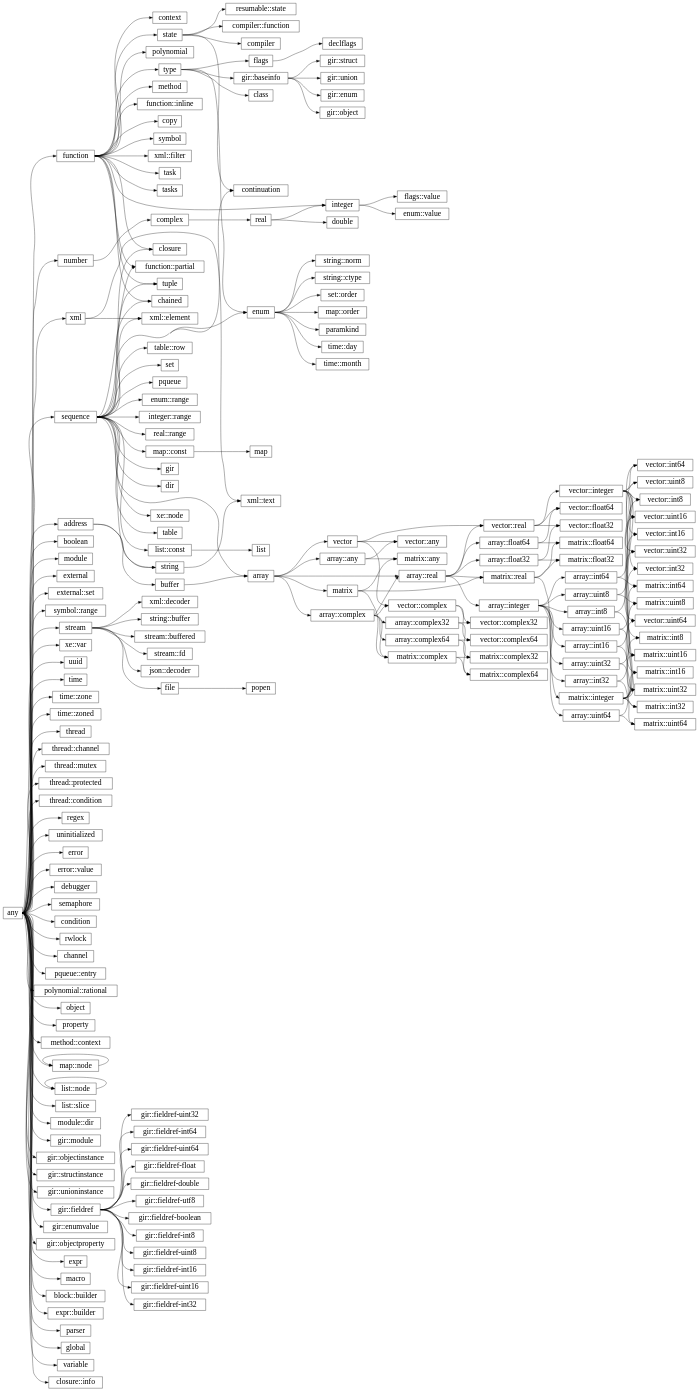
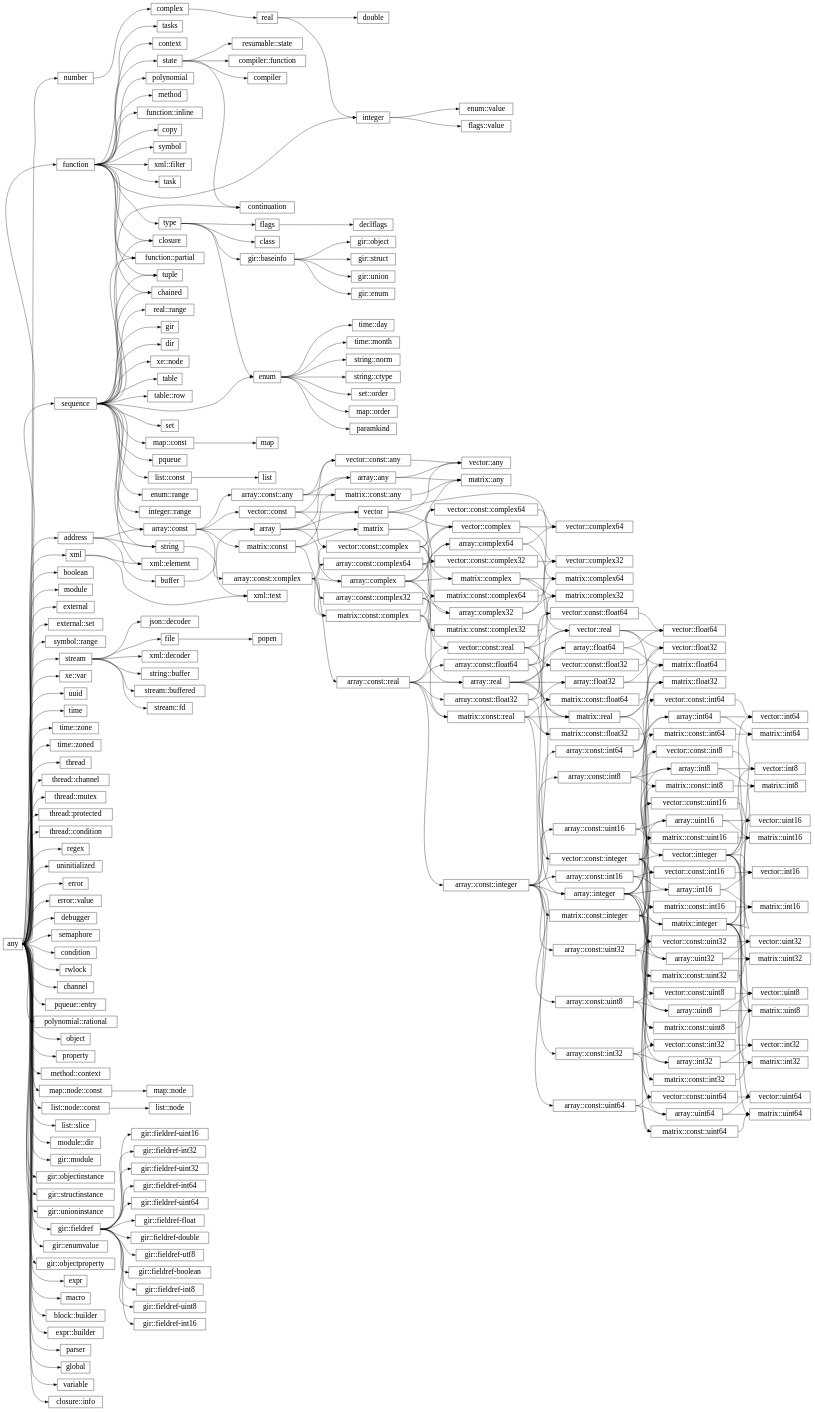
One commit to wrapl/minilang changed the diagram in docs/library/hierarchy.rst. Above: the diagram before and after it, drawn with Graphviz. The commit also changed 65 other files, not shown here.

```diff
--- a/docs/library/hierarchy.rst
+++ b/docs/library/hierarchy.rst
@@ -102,12 +102,12 @@
       "sequence":e -> "map::const":w;
       "map::const":e -> "map":w;
       "enum":e -> "map::order":w;
-      "any":e -> "map::node":w;
-      "map::node":e -> "map::node":w;
+      "any":e -> "map::node::const":w;
+      "map::node::const":e -> "map::node":w;
       "sequence":e -> "list::const":w;
       "list::const":e -> "list":w;
-      "any":e -> "list::node":w;
-      "list::node":e -> "list::node":w;
+      "any":e -> "list::node::const":w;
+      "list::node::const":e -> "list::node":w;
       "any":e -> "list::slice":w;
       "any":e -> "module::dir":w;
       "stream":e -> "json::decoder":w;
@@ -156,87 +156,217 @@
       "function":e -> "closure":w;
       "sequence":e -> "closure":w;
       "any":e -> "closure::info":w;
+      "address":e -> "array::const":w;
+      "sequence":e -> "array::const":w;
+      "array::const":e -> "array":w;
       "buffer":e -> "array":w;
-      "sequence":e -> "array":w;
+      "array::const":e -> "vector::const":w;
+      "vector::const":e -> "vector":w;
       "array":e -> "vector":w;
+      "array::const":e -> "matrix::const":w;
+      "matrix::const":e -> "matrix":w;
       "array":e -> "matrix":w;
+      "array::const":e -> "array::const::complex":w;
+      "array::const::complex":e -> "array::complex":w;
       "array":e -> "array::complex":w;
+      "array::const::complex":e -> "vector::const::complex":w;
+      "vector::const":e -> "vector::const::complex":w;
+      "vector::const::complex":e -> "vector::complex":w;
       "array::complex":e -> "vector::complex":w;
       "vector":e -> "vector::complex":w;
+      "array::const::complex":e -> "matrix::const::complex":w;
+      "matrix::const":e -> "matrix::const::complex":w;
       "array::complex":e -> "matrix::complex":w;
       "matrix":e -> "matrix::complex":w;
+      "array::const::complex":e -> "array::const::real":w;
+      "array::const::real":e -> "array::real":w;
       "array::complex":e -> "array::real":w;
-      "array":e -> "array::real":w;
-      "array::real":e -> "array::integer":w;
+      "array::const::real":e -> "vector::const::real":w;
+      "vector::const::complex":e -> "vector::const::real":w;
+      "vector::const::real":e -> "vector::real":w;
       "array::real":e -> "vector::real":w;
       "vector":e -> "vector::real":w;
+      "array::const::real":e -> "matrix::const::real":w;
+      "matrix::const::complex":e -> "matrix::const::real":w;
+      "matrix::const::real":e -> "matrix::real":w;
+      "array::real":e -> "matrix::real":w;
+      "matrix::complex":e -> "matrix::real":w;
+      "array::const::real":e -> "array::const::integer":w;
+      "array::const::integer":e -> "array::integer":w;
+      "array::real":e -> "array::integer":w;
+      "vector::const::real":e -> "vector::const::integer":w;
+      "vector::const::integer":e -> "vector::integer":w;
       "vector::real":e -> "vector::integer":w;
-      "array::real":e -> "matrix::real":w;
-      "matrix":e -> "matrix::real":w;
+      "matrix::const::real":e -> "matrix::const::integer":w;
+      "matrix::const::integer":e -> "matrix::integer":w;
       "matrix::real":e -> "matrix::integer":w;
+      "array::const::integer":e -> "array::const::uint8":w;
+      "array::const::uint8":e -> "array::uint8":w;
       "array::integer":e -> "array::uint8":w;
+      "vector::const::integer":e -> "vector::const::uint8":w;
+      "array::const::uint8":e -> "vector::const::uint8":w;
+      "vector::const::uint8":e -> "vector::uint8":w;
       "vector::integer":e -> "vector::uint8":w;
       "array::uint8":e -> "vector::uint8":w;
+      "matrix::const::integer":e -> "matrix::const::uint8":w;
+      "array::const::uint8":e -> "matrix::const::uint8":w;
+      "matrix::const::uint8":e -> "matrix::uint8":w;
       "matrix::integer":e -> "matrix::uint8":w;
       "array::uint8":e -> "matrix::uint8":w;
+      "array::const::integer":e -> "array::const::int8":w;
+      "array::const::int8":e -> "array::int8":w;
       "array::integer":e -> "array::int8":w;
+      "vector::const::integer":e -> "vector::const::int8":w;
+      "array::const::int8":e -> "vector::const::int8":w;
+      "vector::const::int8":e -> "vector::int8":w;
       "vector::integer":e -> "vector::int8":w;
       "array::int8":e -> "vector::int8":w;
+      "matrix::const::integer":e -> "matrix::const::int8":w;
+      "array::const::int8":e -> "matrix::const::int8":w;
+      "matrix::const::int8":e -> "matrix::int8":w;
       "matrix::integer":e -> "matrix::int8":w;
       "array::int8":e -> "matrix::int8":w;
+      "array::const::integer":e -> "array::const::uint16":w;
+      "array::const::uint16":e -> "array::uint16":w;
       "array::integer":e -> "array::uint16":w;
+      "vector::const::integer":e -> "vector::const::uint16":w;
+      "array::const::uint16":e -> "vector::const::uint16":w;
+      "vector::const::uint16":e -> "vector::uint16":w;
       "vector::integer":e -> "vector::uint16":w;
       "array::uint16":e -> "vector::uint16":w;
+      "matrix::const::integer":e -> "matrix::const::uint16":w;
+      "array::const::uint16":e -> "matrix::const::uint16":w;
+      "matrix::const::uint16":e -> "matrix::uint16":w;
       "matrix::integer":e -> "matrix::uint16":w;
       "array::uint16":e -> "matrix::uint16":w;
+      "array::const::integer":e -> "array::const::int16":w;
+      "array::const::int16":e -> "array::int16":w;
       "array::integer":e -> "array::int16":w;
+      "vector::const::integer":e -> "vector::const::int16":w;
+      "array::const::int16":e -> "vector::const::int16":w;
+      "vector::const::int16":e -> "vector::int16":w;
       "vector::integer":e -> "vector::int16":w;
       "array::int16":e -> "vector::int16":w;
+      "matrix::const::integer":e -> "matrix::const::int16":w;
+      "array::const::int16":e -> "matrix::const::int16":w;
+      "matrix::const::int16":e -> "matrix::int16":w;
       "matrix::integer":e -> "matrix::int16":w;
       "array::int16":e -> "matrix::int16":w;
+      "array::const::integer":e -> "array::const::uint32":w;
+      "array::const::uint32":e -> "array::uint32":w;
       "array::integer":e -> "array::uint32":w;
+      "vector::const::integer":e -> "vector::const::uint32":w;
+      "array::const::uint32":e -> "vector::const::uint32":w;
+      "vector::const::uint32":e -> "vector::uint32":w;
       "vector::integer":e -> "vector::uint32":w;
       "array::uint32":e -> "vector::uint32":w;
+      "matrix::const::integer":e -> "matrix::const::uint32":w;
+      "array::const::uint32":e -> "matrix::const::uint32":w;
+      "matrix::const::uint32":e -> "matrix::uint32":w;
       "matrix::integer":e -> "matrix::uint32":w;
       "array::uint32":e -> "matrix::uint32":w;
+      "array::const::integer":e -> "array::const::int32":w;
+      "array::const::int32":e -> "array::int32":w;
       "array::integer":e -> "array::int32":w;
+      "vector::const::integer":e -> "vector::const::int32":w;
+      "array::const::int32":e -> "vector::const::int32":w;
+      "vector::const::int32":e -> "vector::int32":w;
       "vector::integer":e -> "vector::int32":w;
       "array::int32":e -> "vector::int32":w;
+      "matrix::const::integer":e -> "matrix::const::int32":w;
+      "array::const::int32":e -> "matrix::const::int32":w;
+      "matrix::const::int32":e -> "matrix::int32":w;
       "matrix::integer":e -> "matrix::int32":w;
       "array::int32":e -> "matrix::int32":w;
+      "array::const::integer":e -> "array::const::uint64":w;
+      "array::const::uint64":e -> "array::uint64":w;
       "array::integer":e -> "array::uint64":w;
+      "vector::const::integer":e -> "vector::const::uint64":w;
+      "array::const::uint64":e -> "vector::const::uint64":w;
+      "vector::const::uint64":e -> "vector::uint64":w;
       "vector::integer":e -> "vector::uint64":w;
       "array::uint64":e -> "vector::uint64":w;
+      "matrix::const::integer":e -> "matrix::const::uint64":w;
+      "array::const::uint64":e -> "matrix::const::uint64":w;
+      "matrix::const::uint64":e -> "matrix::uint64":w;
       "matrix::integer":e -> "matrix::uint64":w;
       "array::uint64":e -> "matrix::uint64":w;
+      "array::const::integer":e -> "array::const::int64":w;
+      "array::const::int64":e -> "array::int64":w;
       "array::integer":e -> "array::int64":w;
+      "vector::const::integer":e -> "vector::const::int64":w;
+      "array::const::int64":e -> "vector::const::int64":w;
+      "vector::const::int64":e -> "vector::int64":w;
       "vector::integer":e -> "vector::int64":w;
       "array::int64":e -> "vector::int64":w;
+      "matrix::const::integer":e -> "matrix::const::int64":w;
+      "array::const::int64":e -> "matrix::const::int64":w;
+      "matrix::const::int64":e -> "matrix::int64":w;
       "matrix::integer":e -> "matrix::int64":w;
       "array::int64":e -> "matrix::int64":w;
+      "array::const::real":e -> "array::const::float32":w;
+      "array::const::float32":e -> "array::float32":w;
       "array::real":e -> "array::float32":w;
+      "vector::const::real":e -> "vector::const::float32":w;
+      "array::const::float32":e -> "vector::const::float32":w;
+      "vector::const::float32":e -> "vector::float32":w;
       "vector::real":e -> "vector::float32":w;
       "array::float32":e -> "vector::float32":w;
+      "matrix::const::real":e -> "matrix::const::float32":w;
+      "array::const::float32":e -> "matrix::const::float32":w;
+      "matrix::const::float32":e -> "matrix::float32":w;
       "matrix::real":e -> "matrix::float32":w;
       "array::float32":e -> "matrix::float32":w;
+      "array::const::real":e -> "array::const::float64":w;
+      "array::const::float64":e -> "array::float64":w;
       "array::real":e -> "array::float64":w;
+      "vector::const::real":e -> "vector::const::float64":w;
+      "array::const::float64":e -> "vector::const::float64":w;
+      "vector::const::float64":e -> "vector::float64":w;
       "vector::real":e -> "vector::float64":w;
       "array::float64":e -> "vector::float64":w;
+      "matrix::const::real":e -> "matrix::const::float64":w;
+      "array::const::float64":e -> "matrix::const::float64":w;
+      "matrix::const::float64":e -> "matrix::float64":w;
       "matrix::real":e -> "matrix::float64":w;
       "array::float64":e -> "matrix::float64":w;
+      "array::const::complex":e -> "array::const::complex32":w;
+      "array::const::complex32":e -> "array::complex32":w;
       "array::complex":e -> "array::complex32":w;
+      "vector::const::complex":e -> "vector::const::complex32":w;
+      "array::const::complex32":e -> "vector::const::complex32":w;
+      "vector::const::complex32":e -> "vector::complex32":w;
       "vector::complex":e -> "vector::complex32":w;
       "array::complex32":e -> "vector::complex32":w;
+      "matrix::const::complex":e -> "matrix::const::complex32":w;
+      "array::const::complex32":e -> "matrix::const::complex32":w;
+      "matrix::const::complex32":e -> "matrix::complex32":w;
       "matrix::complex":e -> "matrix::complex32":w;
       "array::complex32":e -> "matrix::complex32":w;
+      "array::const::complex":e -> "array::const::complex64":w;
+      "array::const::complex64":e -> "array::complex64":w;
       "array::complex":e -> "array::complex64":w;
+      "vector::const::complex":e -> "vector::const::complex64":w;
+      "array::const::complex64":e -> "vector::const::complex64":w;
+      "vector::const::complex64":e -> "vector::complex64":w;
       "vector::complex":e -> "vector::complex64":w;
       "array::complex64":e -> "vector::complex64":w;
+      "matrix::const::complex":e -> "matrix::const::complex64":w;
+      "array::const::complex64":e -> "matrix::const::complex64":w;
+      "matrix::const::complex64":e -> "matrix::complex64":w;
       "matrix::complex":e -> "matrix::complex64":w;
       "array::complex64":e -> "matrix::complex64":w;
+      "array::const":e -> "array::const::any":w;
+      "array::const::any":e -> "array::any":w;
       "array":e -> "array::any":w;
+      "vector::const":e -> "vector::const::any":w;
+      "array::const::any":e -> "vector::const::any":w;
+      "vector::const::any":e -> "vector::any":w;
       "vector":e -> "vector::any":w;
       "array::any":e -> "vector::any":w;
+      "matrix::const":e -> "matrix::const::any":w;
+      "array::const::any":e -> "matrix::const::any":w;
+      "matrix::const::any":e -> "matrix::any":w;
       "matrix":e -> "matrix::any":w;
       "array::any":e -> "matrix::any":w;
    }
```
